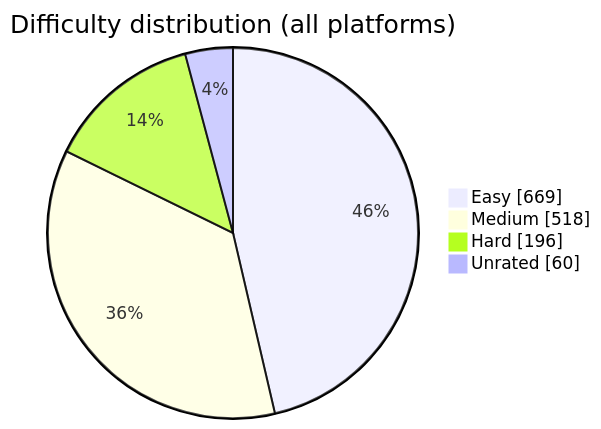
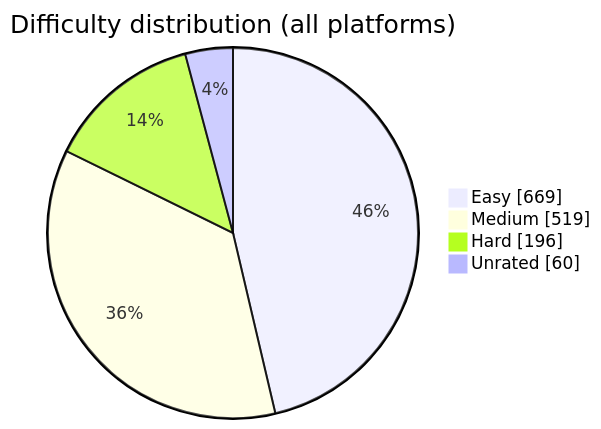
The diagram in README.md (BuildbyArindam/Daily-Coding-Log), drawn with Mermaid before and after one commit. The commit also changed other lines of this file, not shown here.

````diff
--- a/README.md
+++ b/README.md
@@ -93,7 +93,7 @@
 ```mermaid
 pie showData title Difficulty distribution (all platforms)
     "Easy" : 669
-    "Medium" : 518
+    "Medium" : 519
     "Hard" : 196
     "Unrated" : 60
 ```
````
